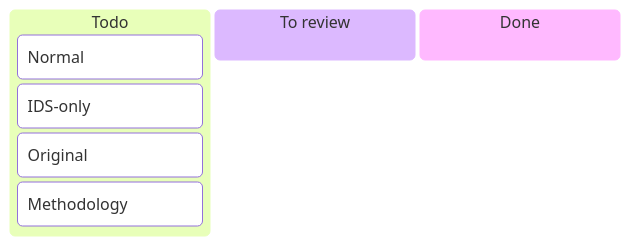
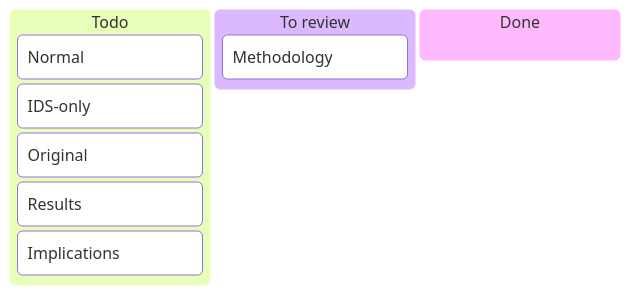
One commit to onlyidev/bachelor.thesis changed the second of 2 diagrams in README.md. Above: the diagram before and after it, drawn with Mermaid. The commit also changed 7 other files, not shown here.

````diff
--- a/README.md
+++ b/README.md
@@ -16,11 +16,13 @@
 ```mermaid
 kanban
 todo["Todo"]
  Normal
  IDS-only
  Original
- Methodology
+ Results
+ Implications
 
 review["To review"]
+ Methodology
 done["Done"]
 ```
````
